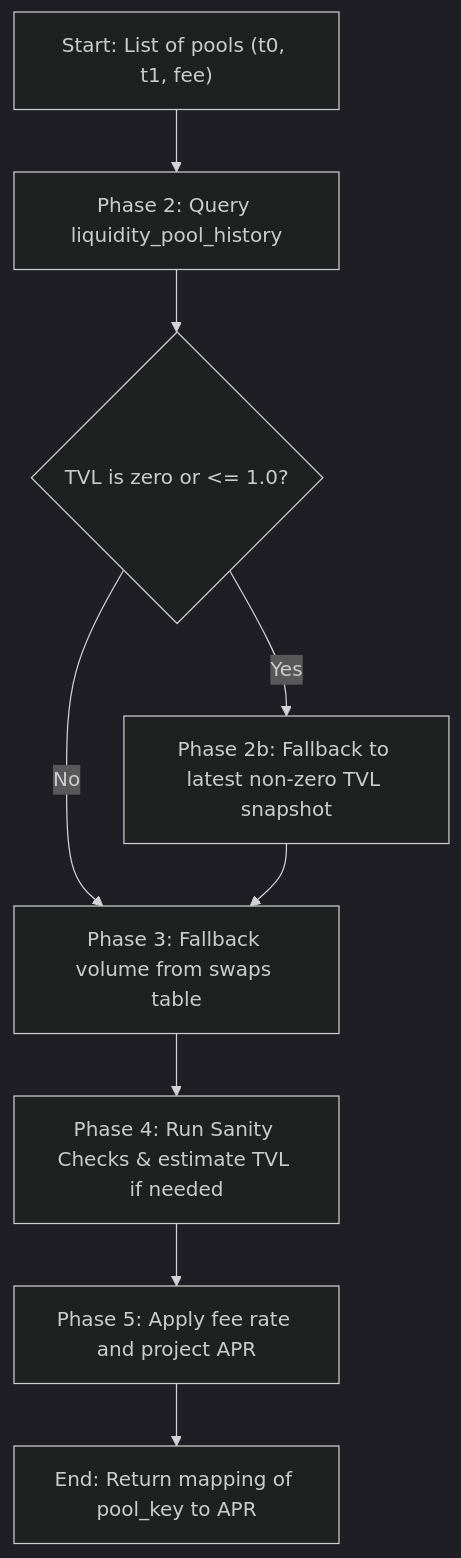
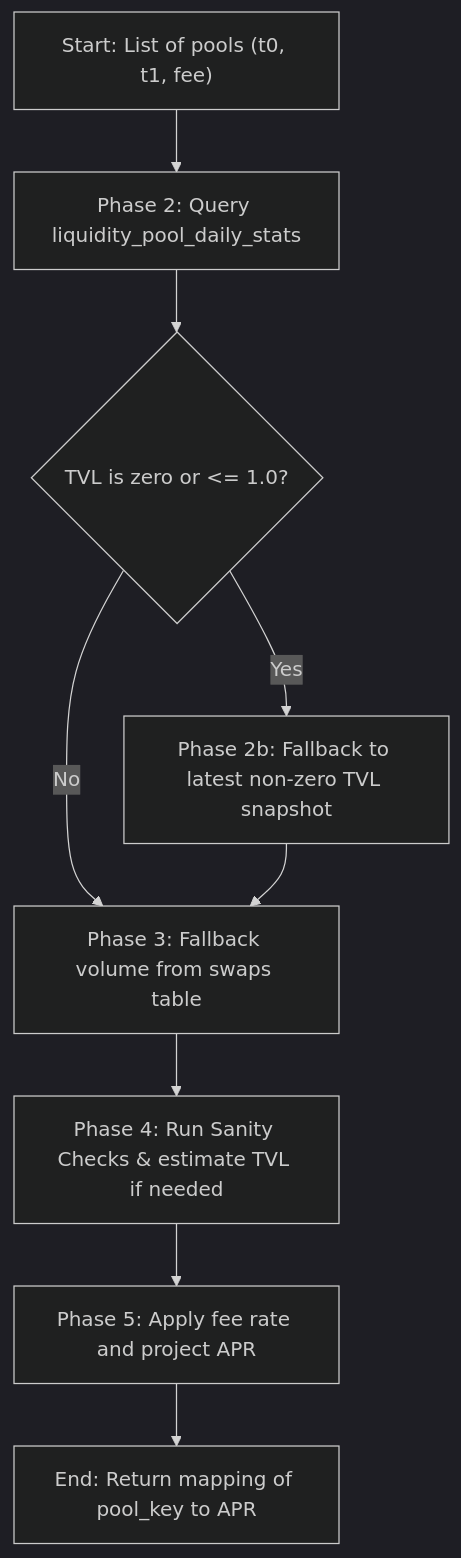
The diagram in docs/features/apr-calculation.md (bekisz/chaintelligence), drawn with Mermaid (dark theme) before and after one commit. The commit also changed other lines of this file and 76 other files, not shown here.

Commit message:
feat: daily-stats window_stats/apr in object model, DAG renames to daily_stats, and routing refinements

````diff
--- a/docs/features/apr-calculation.md
+++ b/docs/features/apr-calculation.md
@@ -30,11 +30,11 @@
 ```mermaid
 graph TD
-    A["Start: List of pools (t0, t1, fee)"] --> B["Phase 2: Query liquidity_pool_history"]
+    A["Start: List of pools (t0, t1, fee)"] --> B["Phase 2: Query liquidity_pool_daily_stats"]
     B --> C{"TVL is zero or <= 1.0?"}
     C -- Yes --> D["Phase 2b: Fallback to latest non-zero TVL snapshot"]
     C -- No --> E["Phase 3: Fallback volume from swaps table"]
     D --> E
     E --> F["Phase 4: Run Sanity Checks & estimate TVL if needed"]
     F --> G["Phase 5: Apply fee rate and project APR"]
     G --> H["End: Return mapping of pool_key to APR"]
 ```
````
